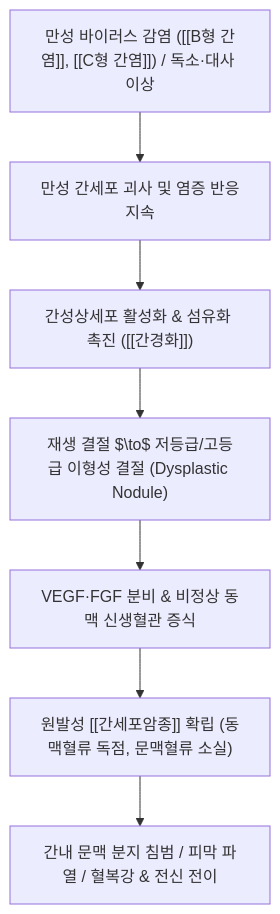
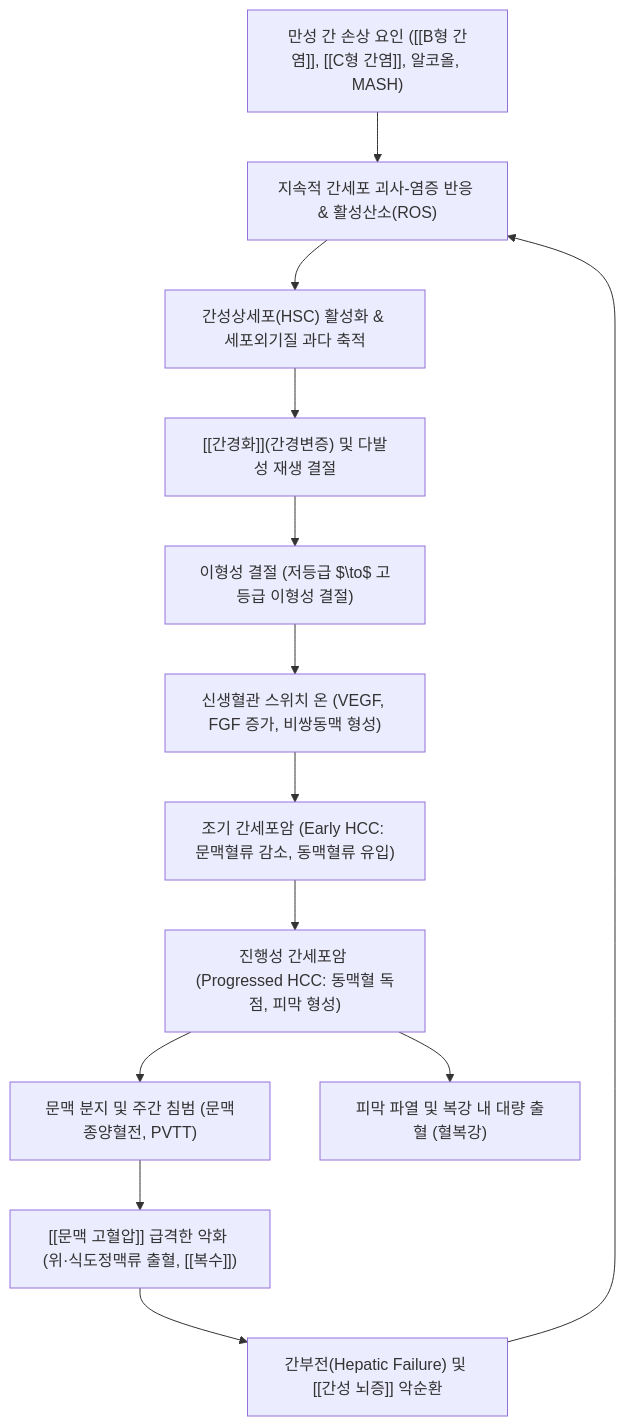
One commit to simbio11/simbio-digital-garden2 changed the diagram in content/3. 이론 공부/질환/간 질환/간종양/원발성 간암.md. Above: the diagram before and after it, drawn with Mermaid. The commit also changed other lines of this file and 147 other files, not shown here.

````diff
--- a/content/3. 이론 공부/질환/간 질환/간종양/원발성 간암.md
+++ b/content/3. 이론 공부/질환/간 질환/간종양/원발성 간암.md
@@ -69,9 +106,15 @@
 ```mermaid
 graph TD
-    Infection["만성 바이러스 감염 ([[B형 간염]], [[C형 간염]]) / 독소·대사 이상"] --> ChronicInflam["만성 간세포 괴사 및 염증 반응지속"]
-    ChronicInflam --> Fibrogenesis["간성상세포 활성화 & 섬유화 촉진 ([[간경화]])"]
-    Fibrogenesis --> Dysplasia["재생 결절 $\to$ 저등급/고등급 이형성 결절 (Dysplastic Nodule)"]
-    Dysplasia --> Angiogenesis["VEGF·FGF 분비 & 비정상 동맥 신생혈관 증식"]
-    Angiogenesis --> HCC["원발성 [[간세포암종]] 확립 (동맥혈류 독점, 문맥혈류 소실)"]
-    HCC --> Invasion["간내 문맥 분지 침범 / 피막 파열 / 혈복강 & 전신 전이"]
+    Infection["만성 간 손상 요인 ([[B형 간염]], [[C형 간염]], 알코올, MASH)"] --> ChronicNecrosis["지속적 간세포 괴사-염증 반응 & 활성산소(ROS)"]
+    ChronicNecrosis --> HSCActivation["간성상세포(HSC) 활성화 & 세포외기질 과다 축적"]
+    HSCActivation --> Cirrhosis["[[간경화]](간경변증) 및 다발성 재생 결절"]
+    Cirrhosis --> DysplasticNodule["이형성 결절 (저등급 $\to$ 고등급 이형성 결절)"]
+    DysplasticNodule --> AngiogenesisSwitch["신생혈관 스위치 온 (VEGF, FGF 증가, 비쌍동맥 형성)"]
+    AngiogenesisSwitch --> EarlyHCC["조기 간세포암 (Early HCC: 문맥혈류 감소, 동맥혈류 유입)"]
+    EarlyHCC --> ProgressedHCC["진행성 간세포암 (Progressed HCC: 동맥혈 독점, 피막 형성)"]
+    ProgressedHCC --> PortalVeinInvasion["문맥 분지 및 주간 침범 (문맥종양혈전, PVTT)"]
+    ProgressedHCC --> TumorRupture["피막 파열 및 복강 내 대량 출혈 (혈복강)"]
+    PortalVeinInvasion --> PortalHypertension["[[문맥 고혈압]] 급격한 악화 (위·식도정맥류 출혈, [[복수]])"]
+    PortalHypertension --> LiverFailure["간부전(Hepatic Failure) 및 [[간성 뇌증]] 악순환"]
+    LiverFailure --> ChronicNecrosis
 ```
````
